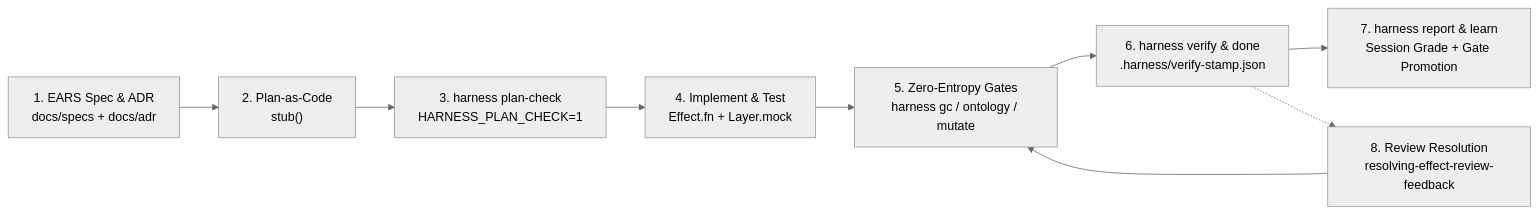
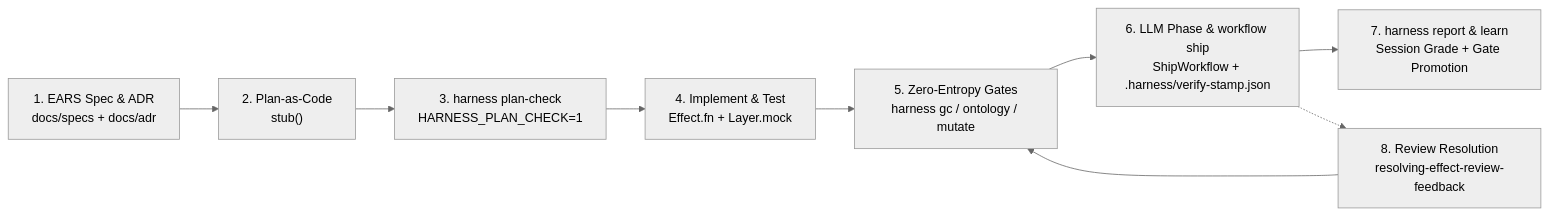
The second of 2 diagrams in README.md (selmeci/effect-ts-harness), drawn with Mermaid (neutral theme) before and after one commit. The commit also changed other lines of this file and 72 other files, not shown here.

First line of the commit message:
feat(harness): WF-4 durable ShipWorkflow, OCC WfShipAttempt, done --cli, and LFG integration (#48)

````diff
--- a/README.md
+++ b/README.md
@@ -106,11 +106,11 @@
 ```mermaid
 flowchart LR
   S1["1. EARS Spec & ADR\ndocs/specs + docs/adr"] --> S2["2. Plan-as-Code\nstub<A, E, R>()"]
   S2 --> S3["3. harness plan-check\nHARNESS_PLAN_CHECK=1"]
   S3 --> S4["4. Implement & Test\nEffect.fn + Layer.mock"]
   S4 --> S5["5. Zero-Entropy Gates\nharness gc / ontology / mutate"]
-  S5 --> S6["6. harness verify & done\n.harness/verify-stamp.json"]
+  S5 --> S6["6. LLM Phase & workflow ship\nShipWorkflow + .harness/verify-stamp.json"]
   S6 --> S7["7. harness report & learn\nSession Grade + Gate Promotion"]
   S6 -.-> S8["8. Review Resolution\nresolving-effect-review-feedback"]
   S8 --> S5
 ```
````
